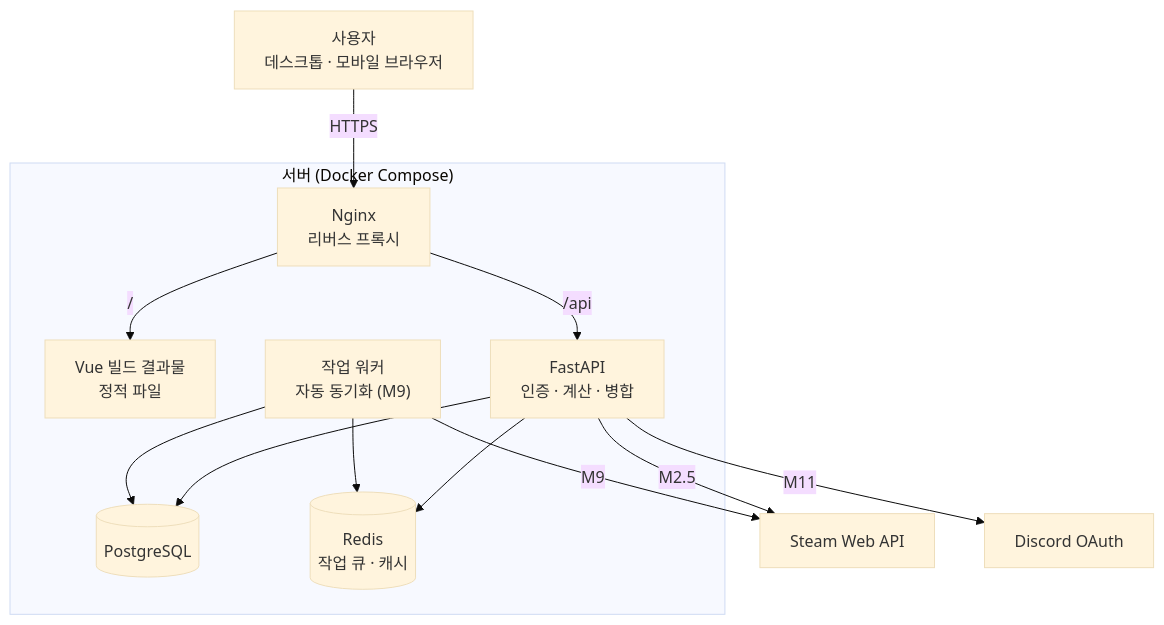
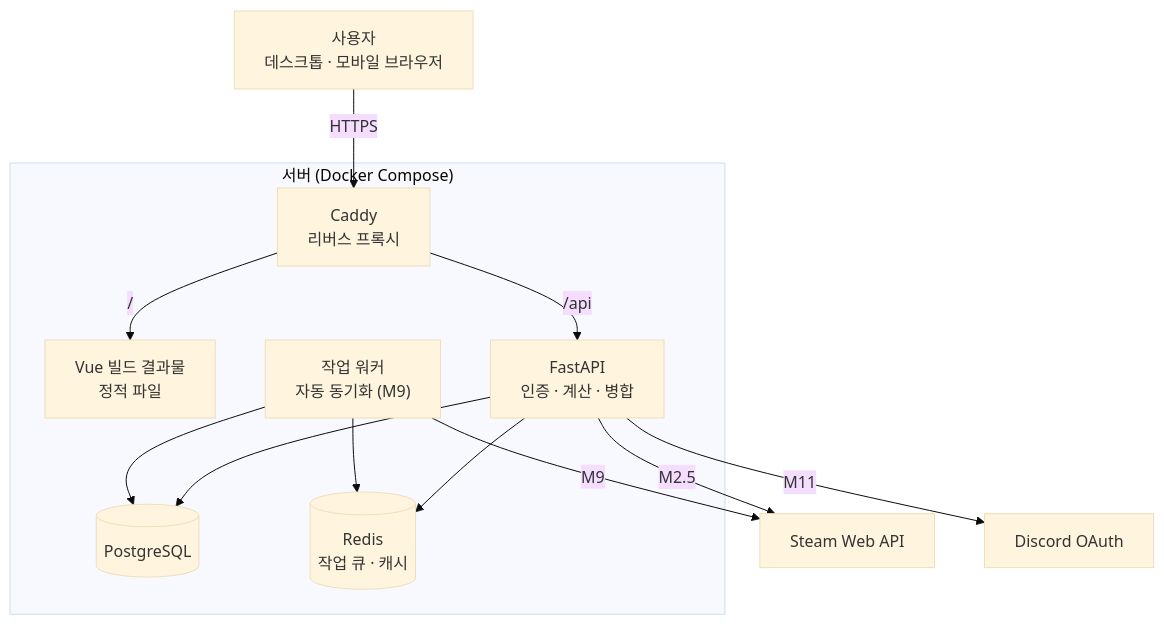
Before and after one commit to sagming40/PlayLedger: the first of 9 diagrams in docs/ARCHITECTURE.md, drawn with Mermaid (base theme). The commit also changed other lines of this file and 11 other files, not shown here.

````diff
--- a/docs/ARCHITECTURE.md
+++ b/docs/ARCHITECTURE.md
@@ -12,27 +12,27 @@
 ```mermaid
 flowchart TB
     User["사용자<br/>데스크톱 · 모바일 브라우저"]
 
     subgraph Host["서버 (Docker Compose)"]
-        Nginx["Nginx<br/>리버스 프록시"]
+        Caddy["Caddy<br/>리버스 프록시"]
         Web["Vue 빌드 결과물<br/>정적 파일"]
         API["FastAPI<br/>인증 · 계산 · 병합"]
         Worker["작업 워커<br/>자동 동기화 (M9)"]
         DB[("PostgreSQL")]
         Redis[("Redis<br/>작업 큐 · 캐시")]
     end
 
     Steam["Steam Web API"]
     Discord["Discord OAuth"]
 
-    User -->|"HTTPS"| Nginx
-    Nginx -->|"/"| Web
-    Nginx -->|"/api"| API
+    User -->|"HTTPS"| Caddy
+    Caddy -->|"/"| Web
+    Caddy -->|"/api"| API
     API --> DB
     API --> Redis
     Worker --> Redis
     Worker --> DB
     API -->|"M2.5"| Steam
     Worker -->|"M9"| Steam
     API -->|"M11"| Discord
 ```
````
